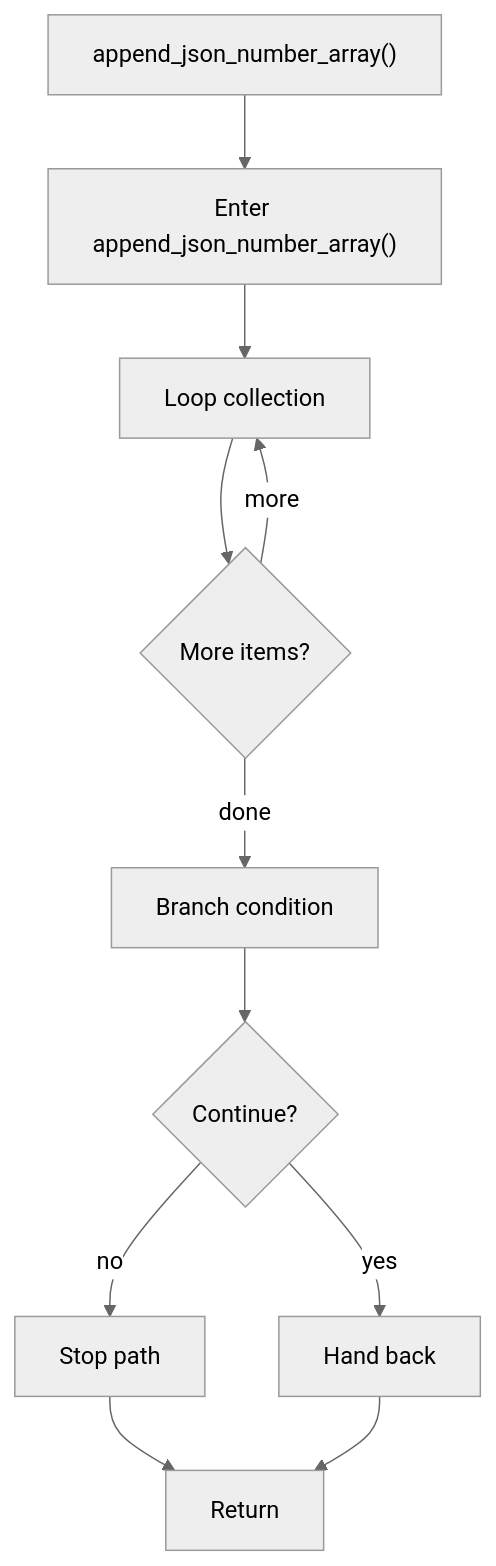
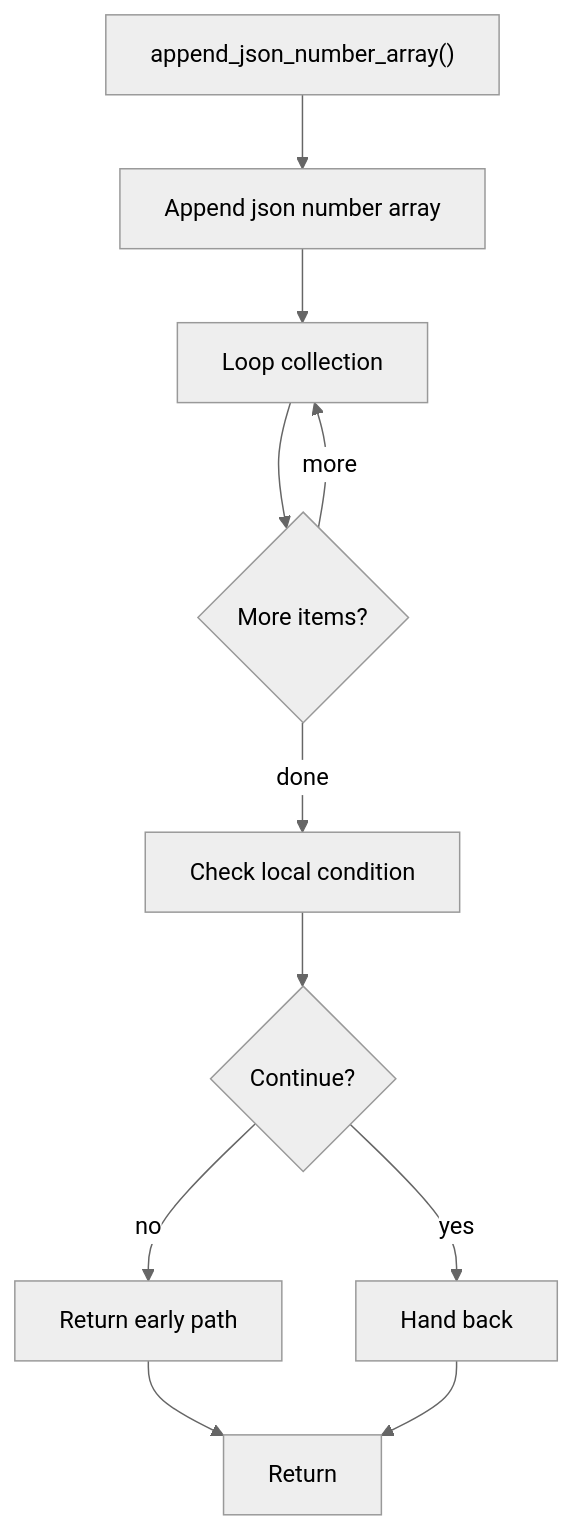
Before and after one commit to JohnAndrewBalbarosa/NeoTerritory: the diagram in docs/Codebase/Microservice/Modules/Source/OutputGeneration/Report/append_json_number_array.cpp.md, drawn with Mermaid (neutral theme). The commit also changed other lines of this file and 915 other files, not shown here.

````diff
--- a/docs/Codebase/Microservice/Modules/Source/OutputGeneration/Report/append_json_number_array.cpp.md
+++ b/docs/Codebase/Microservice/Modules/Source/OutputGeneration/Report/append_json_number_array.cpp.md
@@ -18,22 +18,22 @@
 ```mermaid
 flowchart TD
     Start["append_json_number_array()"]
-    N0["Enter append_json_number_array()"]
+    N0["Append json number array"]
     N1["Loop collection"]
     L1{"More items?"}
-    N2["Branch condition"]
+    N2["Check local condition"]
     D2{"Continue?"}
-    R2["Stop path"]
+    R2["Return early path"]
     N3["Hand back"]
     End["Return"]
     Start --> N0
     N0 --> N1
     N1 --> L1
     L1 -->|more| N1
     L1 -->|done| N2
     N2 --> D2
     D2 -->|yes| N3
     D2 -->|no| R2
     R2 --> End
     N3 --> End
 ```
````
